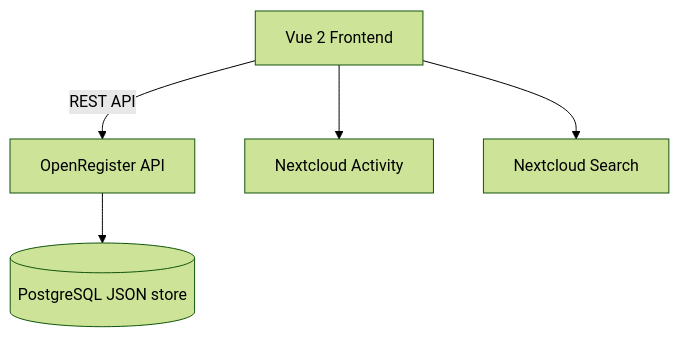
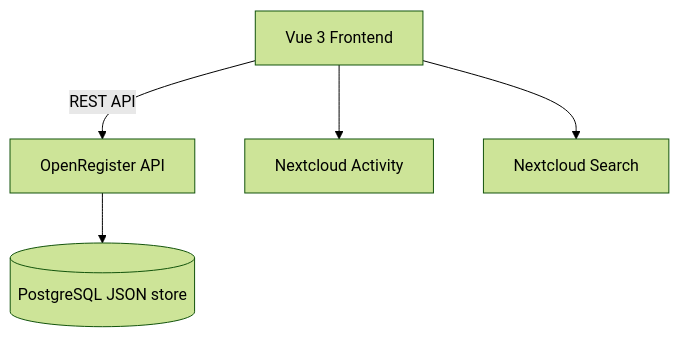
One commit to ConductionNL/nextcloud-app-template changed the diagram in README.md. Above: the diagram before and after it, drawn with Mermaid (forest theme). The commit also changed other lines of this file and 6 other files, not shown here.

````diff
--- a/README.md
+++ b/README.md
@@ -51,7 +51,7 @@
 ```mermaid
 graph TD
-    A[Vue 2 Frontend] -->|REST API| B[OpenRegister API]
+    A[Vue 3 Frontend] -->|REST API| B[OpenRegister API]
     B --> C[(PostgreSQL JSON store)]
     A --> D[Nextcloud Activity]
     A --> E[Nextcloud Search]
 ```
````
